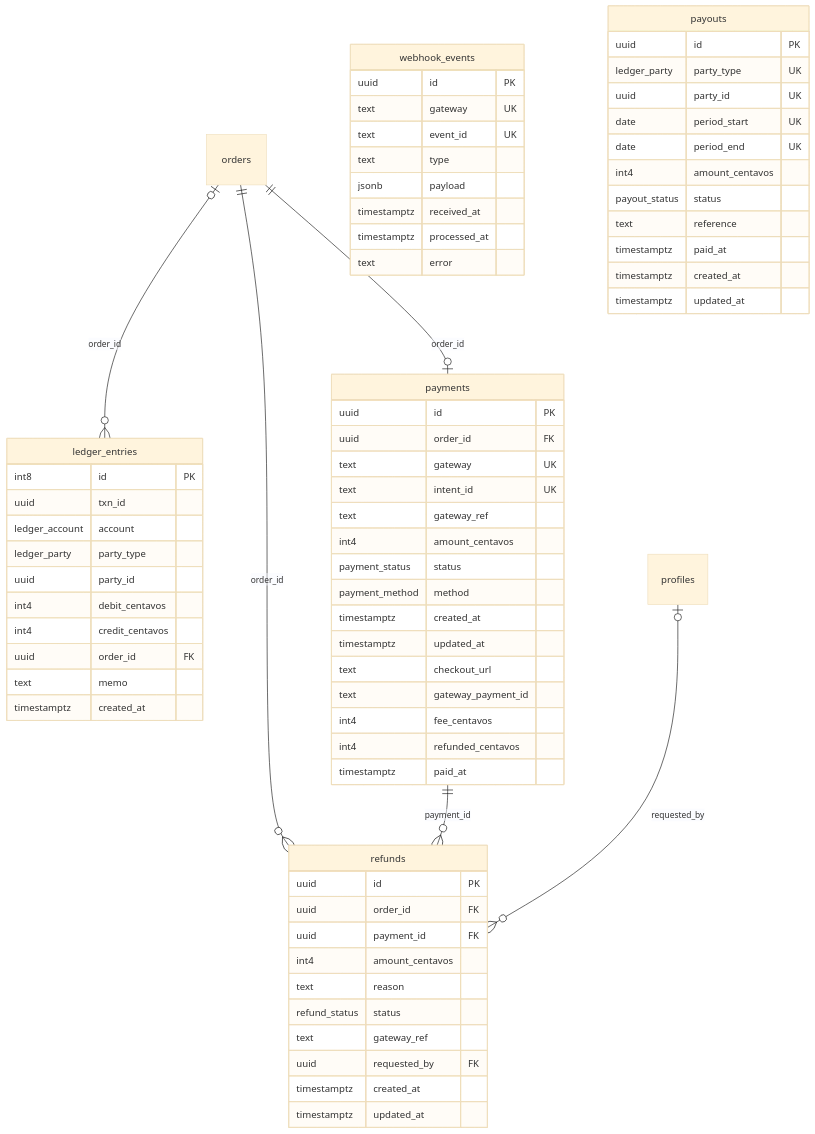
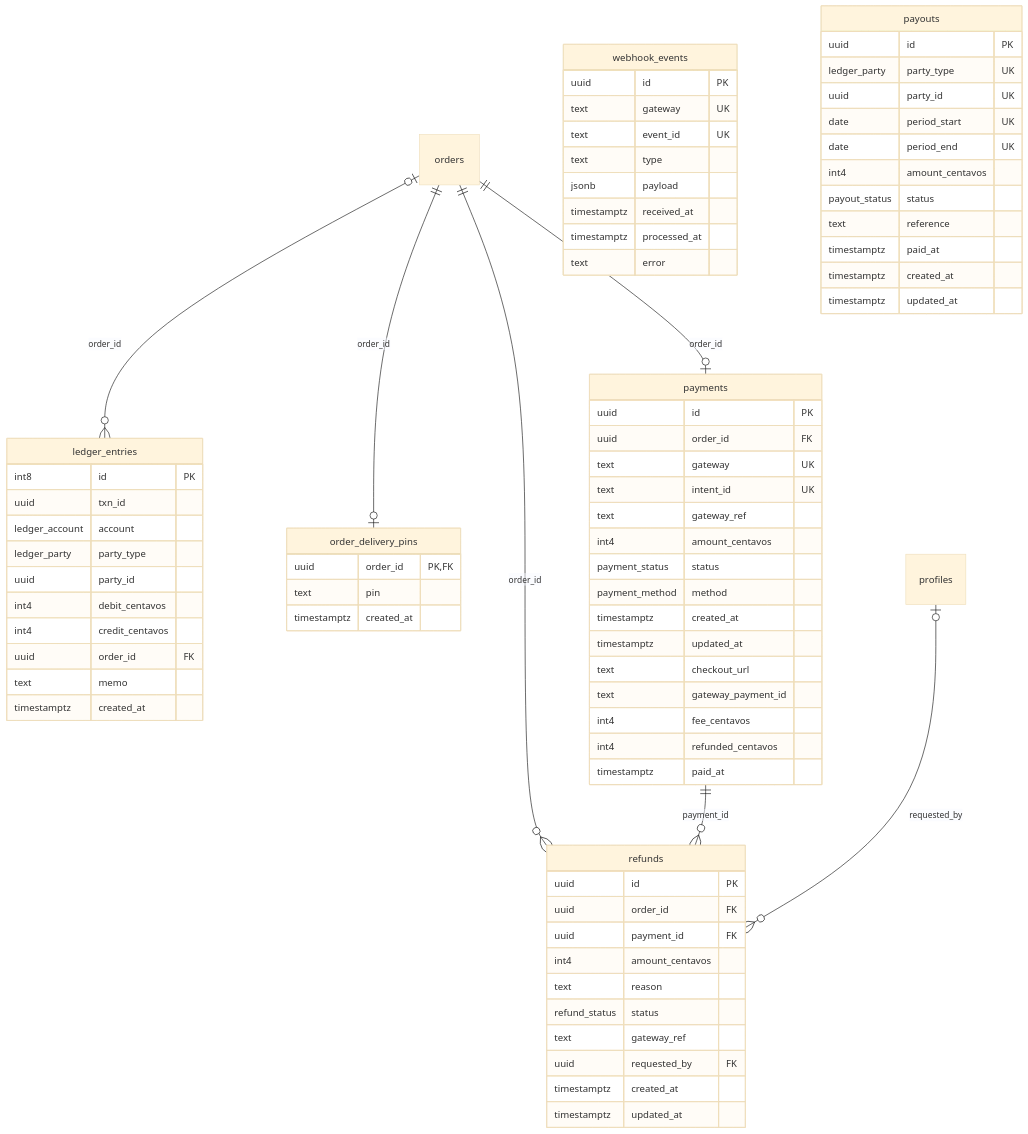
The fifth of 6 diagrams in docs/ERD.md (Klik-Go/delivery-services), drawn with Mermaid (base theme) before and after one commit. The commit also changed other lines of this file and 10 other files, not shown here.

First line of the commit message:
Phase 7 (wip): dispatch migration, delivery PINs, rider topics, features

````diff
--- a/docs/ERD.md
+++ b/docs/ERD.md
@@ -391,72 +397,78 @@
 ```mermaid
 erDiagram
   orders |o--o{ ledger_entries : "order_id"
+  orders ||--o| order_delivery_pins : "order_id"
   orders ||--o| payments : "order_id"
   orders ||--o{ refunds : "order_id"
   payments ||--o{ refunds : "payment_id"
   profiles |o--o{ refunds : "requested_by"
+  order_delivery_pins {
+    uuid order_id PK, FK
+    text pin
+    timestamptz created_at
+  }
   payments {
     uuid id PK
     uuid order_id FK
     text gateway UK
     text intent_id UK
     text gateway_ref
     int4 amount_centavos
     payment_status status
     payment_method method
     timestamptz created_at
     timestamptz updated_at
     text checkout_url
     text gateway_payment_id
     int4 fee_centavos
     int4 refunded_centavos
     timestamptz paid_at
   }
   refunds {
     uuid id PK
     uuid order_id FK
     uuid payment_id FK
     int4 amount_centavos
     text reason
     refund_status status
     text gateway_ref
     uuid requested_by FK
     timestamptz created_at
     timestamptz updated_at
   }
   webhook_events {
     uuid id PK
     text gateway UK
     text event_id UK
     text type
     jsonb payload
     timestamptz received_at
     timestamptz processed_at
     text error
   }
   ledger_entries {
     int8 id PK
     uuid txn_id
     ledger_account account
     ledger_party party_type
     uuid party_id
     int4 debit_centavos
     int4 credit_centavos
     uuid order_id FK
     text memo
     timestamptz created_at
   }
   payouts {
     uuid id PK
     ledger_party party_type UK
     uuid party_id UK
     date period_start UK
     date period_end UK
     int4 amount_centavos
     payout_status status
     text reference
     timestamptz paid_at
     timestamptz created_at
     timestamptz updated_at
   }
 ```
````
